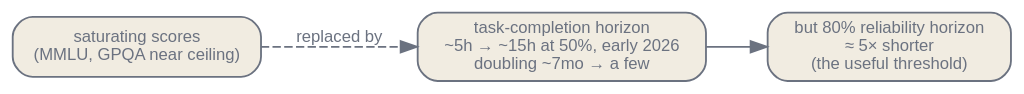
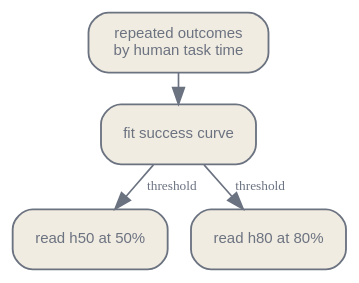
Before and after one commit to latere-ai/ai-as-an-infrastructure: the second of 4 diagrams in en/frontiers/02-the-capability-horizon.qmd, drawn with Graphviz. The commit also changed other lines of this file and 3 other files, not shown here.

````diff
--- a/en/frontiers/02-the-capability-horizon.qmd
+++ b/en/frontiers/02-the-capability-horizon.qmd
@@ -35,18 +74,20 @@
 ```{dot}
-//| label: fig-horizon-trend
-//| fig-cap: "Frontier reframed as a horizon: the length of task a model completes autonomously, climbing fast while the doubling time shortens. The headline is the 50%-reliability horizon; the economically useful 80% horizon is roughly five times shorter, and the gap is the binding constraint."
+//| label: fig-horizon-thresholds
+//| fig-cap: "The same fitted success curve yields different horizons at different reliability thresholds. Their ratio is controlled by the fitted slope, so the 50%-to-80% gap is not a universal multiplier."
 digraph {
   bgcolor="transparent";
-  rankdir=LR;
-  nodesep=0.4; ranksep=0.5;
-  node [shape=box, style="rounded,filled", fontname="Helvetica", fontsize=10, color="#6b7280", fontcolor="#6b7280", fillcolor="#f1ece1", penwidth=1.1];
-  edge [fontsize=10, fontname="Helvetica", color="#6b7280", fontcolor="#6b7280"];
+  rankdir=TB;
+  nodesep=0.2; ranksep=0.25;
+  node [shape=box, style="rounded,filled", fontname="Helvetica", fontsize=9, color="#6b7280", fontcolor="#6b7280", fillcolor="#f1ece1", penwidth=1.1];
+  edge [color="#6b7280", fontcolor="#6b7280", fontsize=8];
 
-  score [label="saturating scores\n(MMLU, GPQA near ceiling)"];
-  horizon [label="task-completion horizon\n~5h → ~15h at 50%, early 2026\ndoubling ~7mo → a few"];
-  gap [label="but 80% reliability horizon\n≈ 5× shorter\n(the useful threshold)"];
+  runs [label="repeated outcomes\nby human task time"];
+  fit [label="fit success curve"];
+  h50 [label="read h50 at 50%"];
+  h80 [label="read h80 at 80%"];
 
-  score -> horizon [style=dashed, label="replaced by"];
-  horizon -> gap;
+  runs -> fit;
+  fit -> h50 [label="threshold"];
+  fit -> h80 [label="threshold"];
 }
 ```
````
